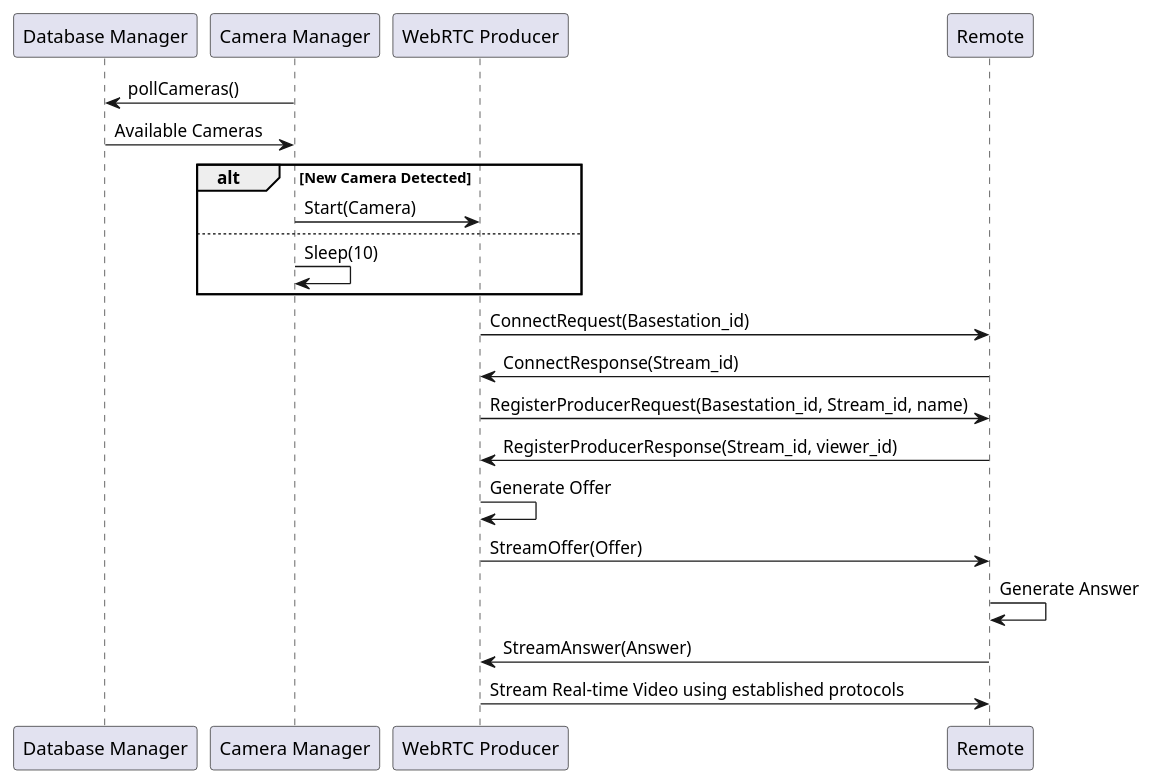
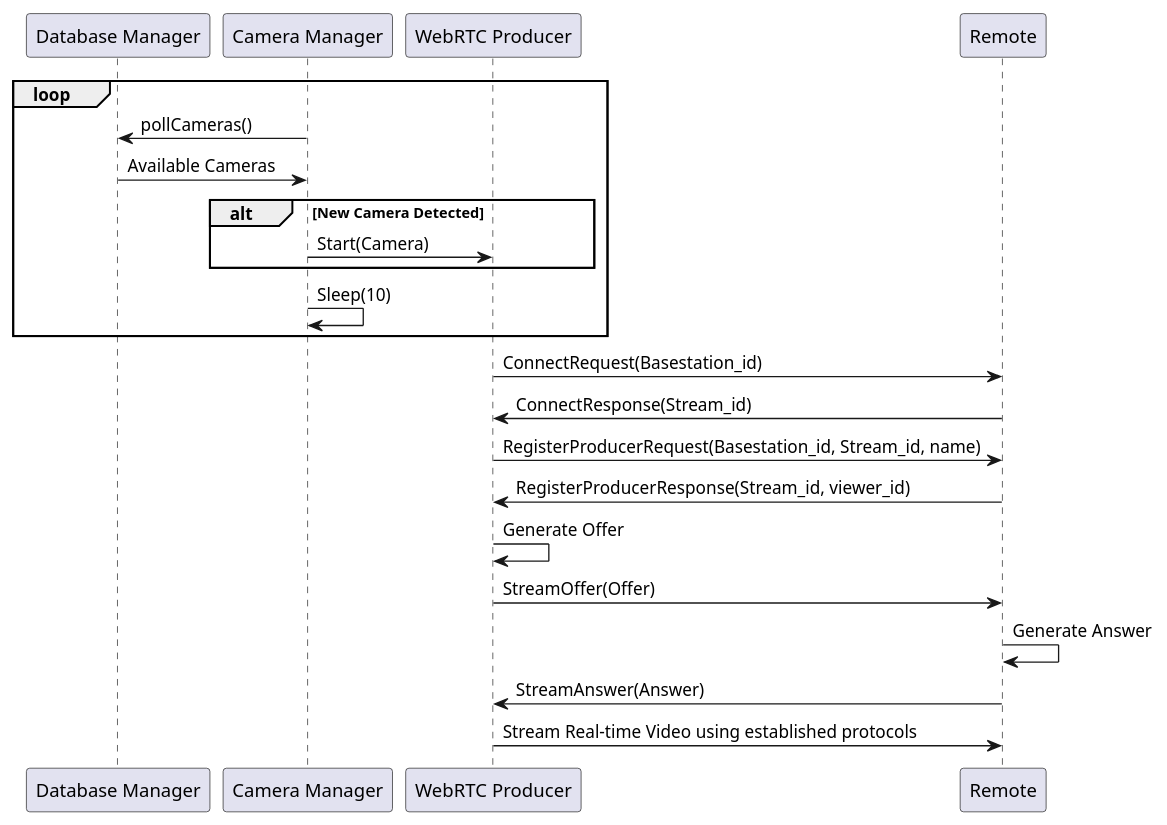
Before and after one commit to Drone-System/dronesurveillance: the diagram in diagrams/SequenceDiagramCameraBasestation.puml, drawn with PlantUML. The commit also changed 23 other files, not shown here.

Commit message:
DRONE-XX/VaAf: More Diagrams

```diff
--- a/diagrams/SequenceDiagramCameraBasestation.puml
+++ b/diagrams/SequenceDiagramCameraBasestation.puml
@@ -1,26 +1,27 @@
-@startuml Sequence Diagram WebRtc
+@startuml Sequence Diagram WebRtc Cameras
 
 participant db as "Database Manager"
 participant cameraman as "Camera Manager"
 participant Webrtc as "WebRTC Producer"
 participant Remote
 
+loop
 cameraman -> db : pollCameras()
 db -> cameraman : Available Cameras
 alt New Camera Detected
     cameraman  -> Webrtc : Start(Camera)
-else 
+end
     cameraman -> cameraman : Sleep(10)
 end
 Webrtc -> Remote : ConnectRequest(Basestation_id)
 Remote -> Webrtc : ConnectResponse(Stream_id)
 
 Webrtc -> Remote : RegisterProducerRequest(Basestation_id, Stream_id, name)
 Remote -> Webrtc : RegisterProducerResponse(Stream_id, viewer_id)
 Webrtc -> Webrtc : Generate Offer
 Webrtc -> Remote : StreamOffer(Offer)
 Remote -> Remote : Generate Answer
 Remote -> Webrtc : StreamAnswer(Answer)
 Webrtc -> Remote : Stream Real-time Video using established protocols
 deactivate Webrtc
 @enduml
```
